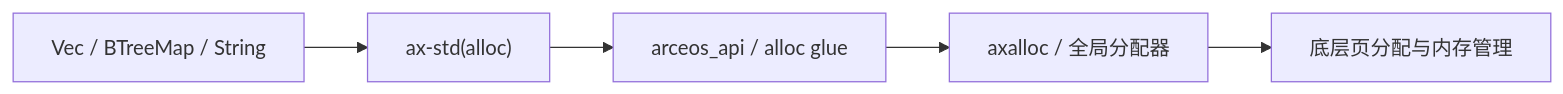
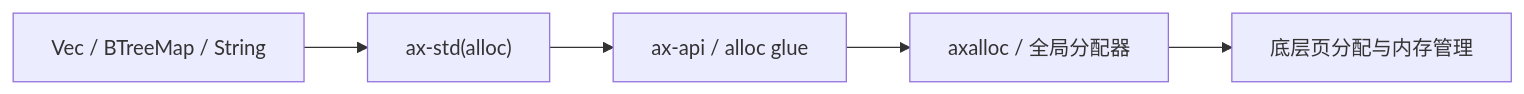
The first of 2 diagrams in docs/crates/arceos-memtest.md (zKurisu/tgoskits), drawn with Mermaid before and after one commit. The commit also changed 61 other files, not shown here.

Commit message:
rename arceos_api to ax-api

````diff
--- a/docs/crates/arceos-memtest.md
+++ b/docs/crates/arceos-memtest.md
@@ -28,7 +28,7 @@
 ```mermaid
 flowchart LR
     A["Vec / BTreeMap / String"] --> B["ax-std(alloc)"]
-    B --> C["arceos_api / alloc glue"]
+    B --> C["ax-api / alloc glue"]
     C --> D["axalloc / 全局分配器"]
     D --> E["底层页分配与内存管理"]
 ```
````
